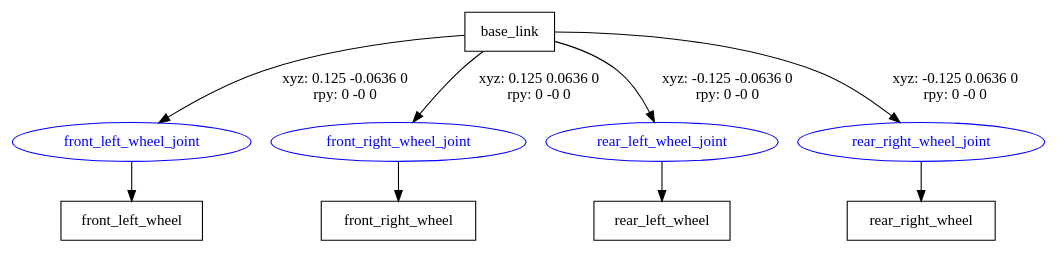
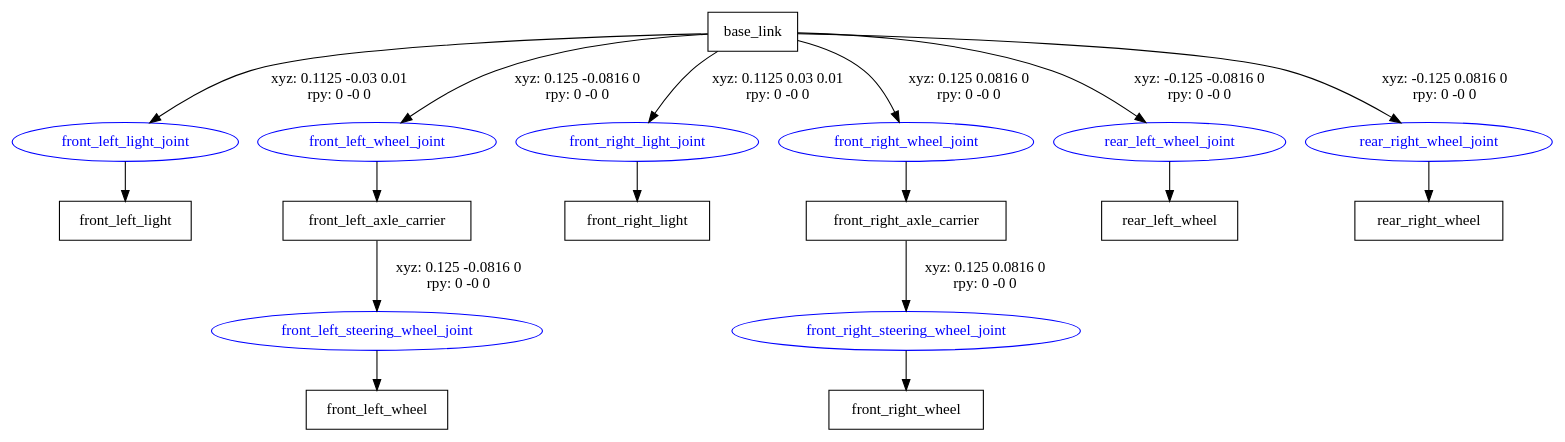
Before and after one commit to rbngpp/ackermann: the diagram in ackermann.gv, drawn with Graphviz. The commit also changed 7 other files, not shown here.

```diff
--- a/ackermann.gv
+++ b/ackermann.gv
@@ -1,17 +1,29 @@
 digraph G {
 node [shape=box];
 "base_link" [label="base_link"];
+"front_left_light" [label="front_left_light"];
+"front_left_axle_carrier" [label="front_left_axle_carrier"];
 "front_left_wheel" [label="front_left_wheel"];
+"front_right_light" [label="front_right_light"];
+"front_right_axle_carrier" [label="front_right_axle_carrier"];
 "front_right_wheel" [label="front_right_wheel"];
 "rear_left_wheel" [label="rear_left_wheel"];
 "rear_right_wheel" [label="rear_right_wheel"];
 node [shape=ellipse, color=blue, fontcolor=blue];
-"base_link" -> "front_left_wheel_joint" [label="xyz: 0.125 -0.0636 0 \nrpy: 0 -0 0"]
-"front_left_wheel_joint" -> "front_left_wheel"
-"base_link" -> "front_right_wheel_joint" [label="xyz: 0.125 0.0636 0 \nrpy: 0 -0 0"]
-"front_right_wheel_joint" -> "front_right_wheel"
-"base_link" -> "rear_left_wheel_joint" [label="xyz: -0.125 -0.0636 0 \nrpy: 0 -0 0"]
+"base_link" -> "front_left_light_joint" [label="xyz: 0.1125 -0.03 0.01 \nrpy: 0 -0 0"]
+"front_left_light_joint" -> "front_left_light"
+"base_link" -> "front_left_wheel_joint" [label="xyz: 0.125 -0.0816 0 \nrpy: 0 -0 0"]
+"front_left_wheel_joint" -> "front_left_axle_carrier"
+"front_left_axle_carrier" -> "front_left_steering_wheel_joint" [label="xyz: 0.125 -0.0816 0 \nrpy: 0 -0 0"]
+"front_left_steering_wheel_joint" -> "front_left_wheel"
+"base_link" -> "front_right_light_joint" [label="xyz: 0.1125 0.03 0.01 \nrpy: 0 -0 0"]
+"front_right_light_joint" -> "front_right_light"
+"base_link" -> "front_right_wheel_joint" [label="xyz: 0.125 0.0816 0 \nrpy: 0 -0 0"]
+"front_right_wheel_joint" -> "front_right_axle_carrier"
+"front_right_axle_carrier" -> "front_right_steering_wheel_joint" [label="xyz: 0.125 0.0816 0 \nrpy: 0 -0 0"]
+"front_right_steering_wheel_joint" -> "front_right_wheel"
+"base_link" -> "rear_left_wheel_joint" [label="xyz: -0.125 -0.0816 0 \nrpy: 0 -0 0"]
 "rear_left_wheel_joint" -> "rear_left_wheel"
-"base_link" -> "rear_right_wheel_joint" [label="xyz: -0.125 0.0636 0 \nrpy: 0 -0 0"]
+"base_link" -> "rear_right_wheel_joint" [label="xyz: -0.125 0.0816 0 \nrpy: 0 -0 0"]
 "rear_right_wheel_joint" -> "rear_right_wheel"
 }
```
